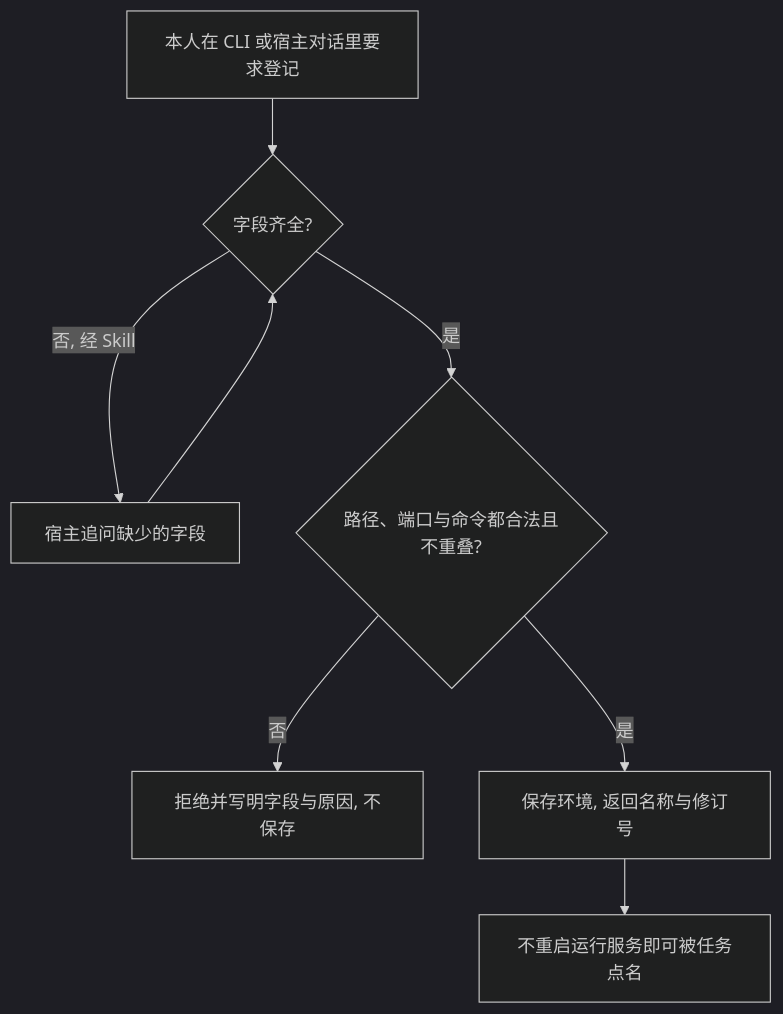
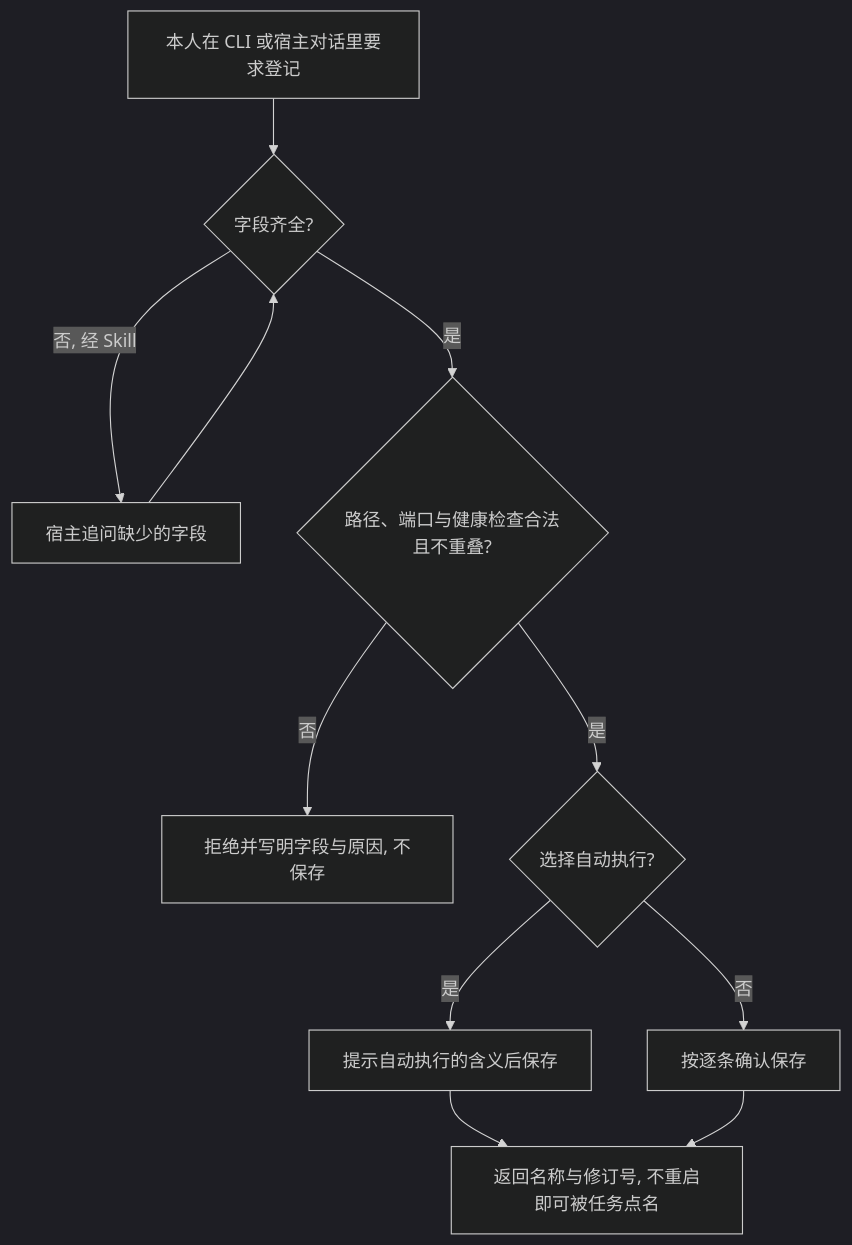
Before and after one commit to xforce-io/atelier: the second of 5 diagrams in docs/design/22-host-environment-deploy/product.md, drawn with Mermaid (dark theme). The commit also changed other lines of this file and 2 other files, not shown here.

````diff
--- a/docs/design/22-host-environment-deploy/product.md
+++ b/docs/design/22-host-environment-deploy/product.md
@@ -143,10 +165,13 @@
 ```mermaid
 flowchart TD
     A[本人在 CLI 或宿主对话里要求登记] --> B{字段齐全?}
     B -->|否, 经 Skill| C[宿主追问缺少的字段]
     C --> B
-    B -->|是| D{路径、端口与命令都合法且不重叠?}
+    B -->|是| D{路径、端口与健康检查合法且不重叠?}
     D -->|否| E[拒绝并写明字段与原因, 不保存]
-    D -->|是| F[保存环境, 返回名称与修订号]
-    F --> G[不重启运行服务即可被任务点名]
+    D -->|是| F{选择自动执行?}
+    F -->|是| G[提示自动执行的含义后保存]
+    F -->|否| H[按逐条确认保存]
+    G --> I[返回名称与修订号, 不重启即可被任务点名]
+    H --> I
 ```
````
